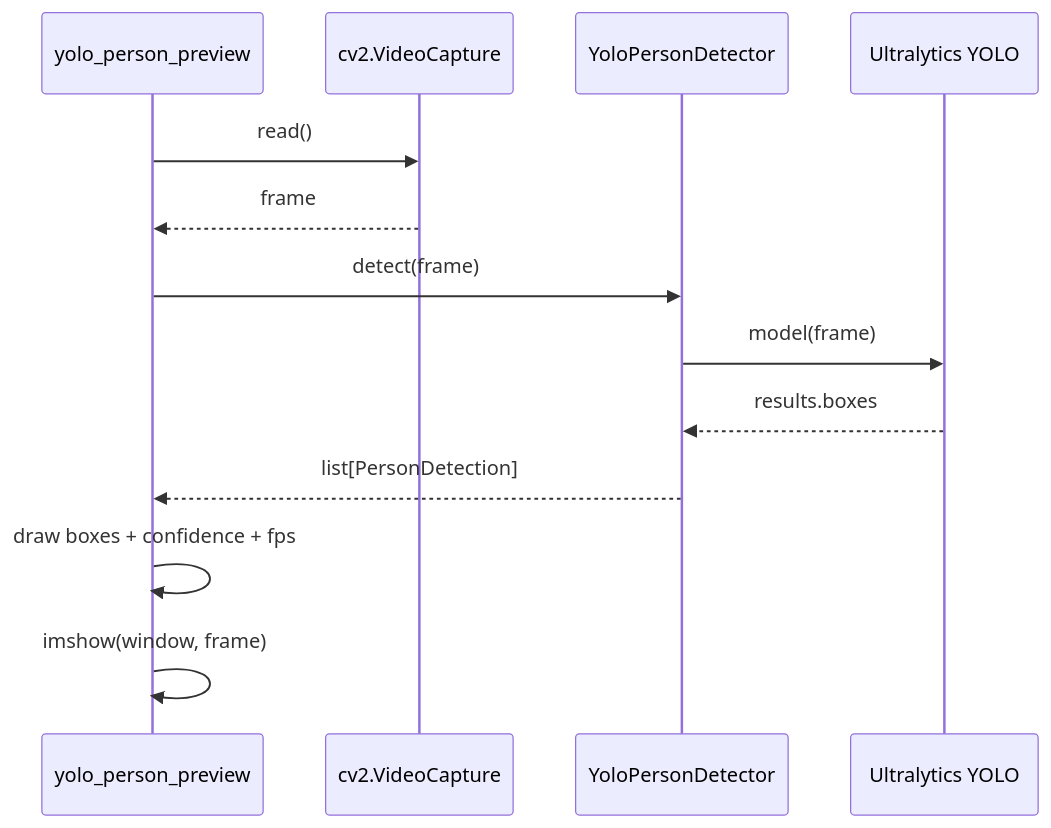
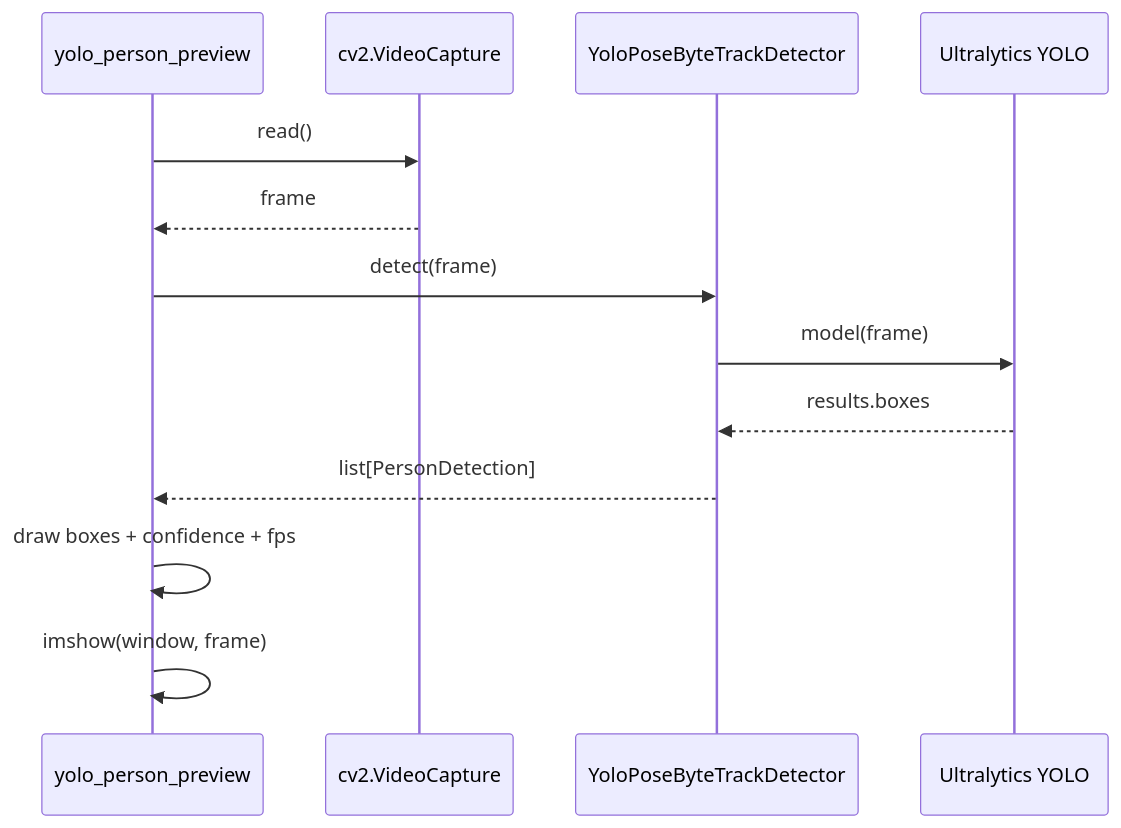
Before and after one commit to torrescristian/vision: the second of 2 diagrams in docs/c4/c4b_wiring_example.md, drawn with Mermaid. The commit also changed other lines of this file and 27 other files, not shown here.

Commit message:
feat: using yolo pose

````diff
--- a/docs/c4/c4b_wiring_example.md
+++ b/docs/c4/c4b_wiring_example.md
@@ -27,16 +27,16 @@
 ```mermaid
 sequenceDiagram
     participant App as yolo_person_preview
     participant Cam as cv2.VideoCapture
-    participant Det as YoloPersonDetector
+    participant Det as YoloPoseByteTrackDetector
     participant Y as Ultralytics YOLO
 
     App->>Cam: read()
     Cam-->>App: frame
     App->>Det: detect(frame)
     Det->>Y: model(frame)
     Y-->>Det: results.boxes
     Det-->>App: list[PersonDetection]
     App->>App: draw boxes + confidence + fps
     App->>App: imshow(window, frame)
 ```
````
